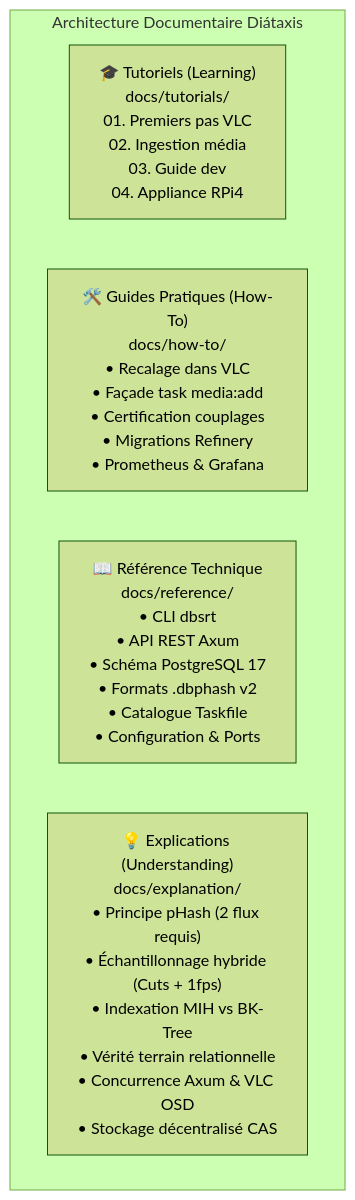
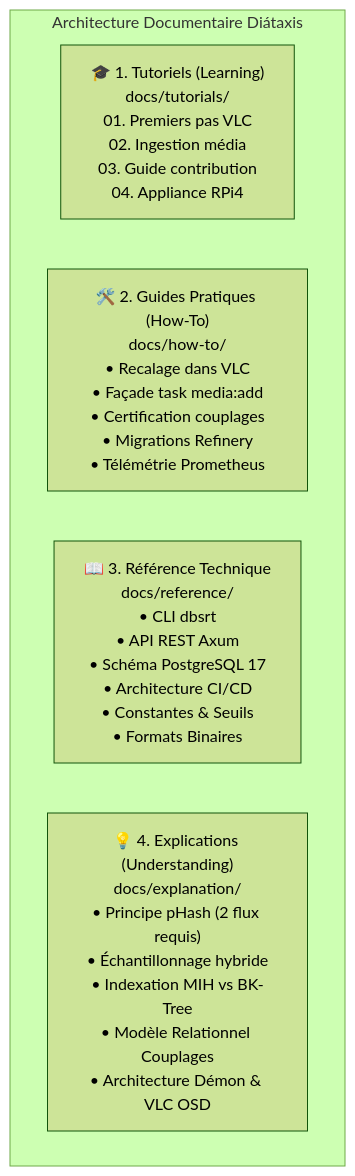
The fourth of 4 diagrams in README.md (yoyonel/pydbsrt), drawn with Mermaid (forest theme) before and after one commit. The commit also changed other lines of this file and 5 other files, not shown here.

Commit message:
docs: enrich README and add Diataxis CI/CD architecture reference quadrant

````diff
--- a/README.md
+++ b/README.md
@@ -180,9 +231,9 @@
 ```mermaid
 flowchart TD
     subgraph Diataxis ["Architecture Documentaire Diátaxis"]
-        T["🎓 Tutoriels (Learning)<br/>docs/tutorials/<br/>01. Premiers pas VLC<br/>02. Ingestion média<br/>03. Guide dev<br/>04. Appliance RPi4"]
-        H["🛠️ Guides Pratiques (How-To)<br/>docs/how-to/<br/>• Recalage dans VLC<br/>• Façade task media:add<br/>• Certification couplages<br/>• Migrations Refinery<br/>• Prometheus & Grafana"]
-        R["📖 Référence Technique<br/>docs/reference/<br/>• CLI dbsrt<br/>• API REST Axum<br/>• Schéma PostgreSQL 17<br/>• Formats .dbphash v2<br/>• Catalogue Taskfile<br/>• Configuration & Ports"]
-        E["💡 Explications (Understanding)<br/>docs/explanation/<br/>• Principe pHash (2 flux requis)<br/>• Échantillonnage hybride (Cuts + 1fps)<br/>• Indexation MIH vs BK-Tree<br/>• Vérité terrain relationnelle<br/>• Concurrence Axum & VLC OSD<br/>• Stockage décentralisé CAS"]
+        T["🎓 1. Tutoriels (Learning)<br/>docs/tutorials/<br/>01. Premiers pas VLC<br/>02. Ingestion média<br/>03. Guide contribution<br/>04. Appliance RPi4"]
+        H["🛠️ 2. Guides Pratiques (How-To)<br/>docs/how-to/<br/>• Recalage dans VLC<br/>• Façade task media:add<br/>• Certification couplages<br/>• Migrations Refinery<br/>• Télémétrie Prometheus"]
+        R["📖 3. Référence Technique<br/>docs/reference/<br/>• CLI dbsrt<br/>• API REST Axum<br/>• Schéma PostgreSQL 17<br/>• Architecture CI/CD<br/>• Constantes & Seuils<br/>• Formats Binaires"]
+        E["💡 4. Explications (Understanding)<br/>docs/explanation/<br/>• Principe pHash (2 flux requis)<br/>• Échantillonnage hybride<br/>• Indexation MIH vs BK-Tree<br/>• Modèle Relationnel Couplages<br/>• Architecture Démon & VLC OSD"]
     end
 ```
````
